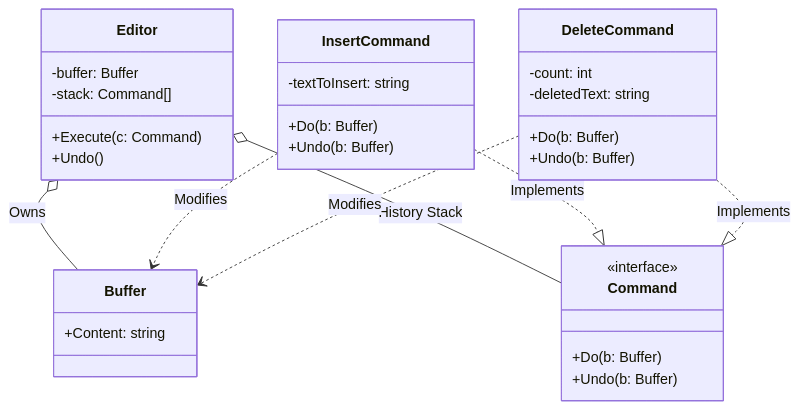
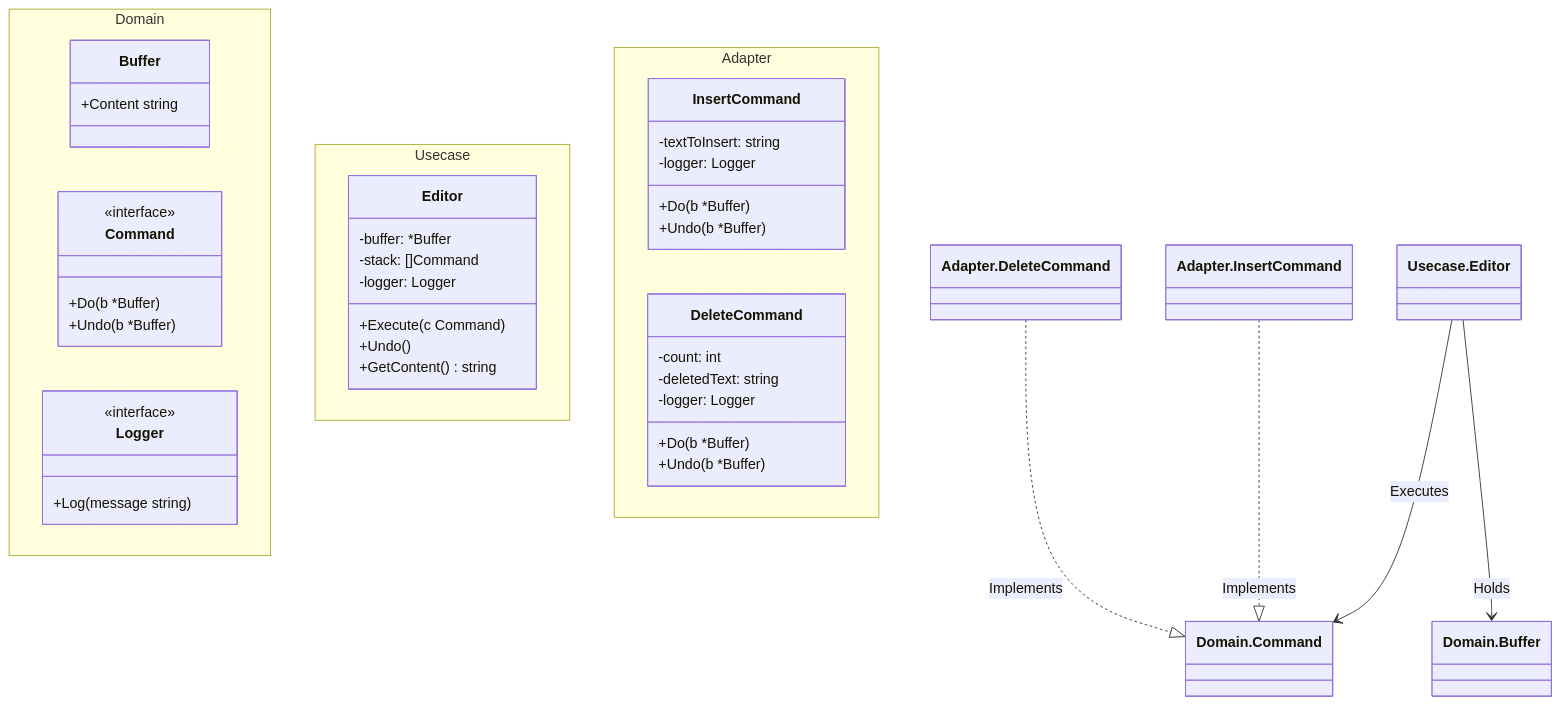
The diagram in command-example/README.md (sokoide/design-patterns), drawn with Mermaid before and after one commit. The commit also changed other lines of this file and 102 other files, not shown here.

````diff
--- a/command-example/README.md
+++ b/command-example/README.md
@@ -31,47 +20,52 @@
 ```mermaid
 classDiagram
     direction TB
 
-    %% Domain Layer
-    class Buffer {
-        +Content: string
+    namespace Domain {
+        class Buffer {
+            +Content string
+        }
+        class Command {
+            <<interface>>
+            +Do(b *Buffer)
+            +Undo(b *Buffer)
+        }
+        class Logger {
+            <<interface>>
+            +Log(message string)
+        }
     }
 
-    class Command {
-        <<interface>>
-        +Do(b: Buffer)
-        +Undo(b: Buffer)
+    namespace Usecase {
+        class Editor {
+            -buffer: *Buffer
+            -stack: []Command
+            -logger: Logger
+            +Execute(c Command)
+            +Undo()
+            +GetContent() string
+        }
     }
 
-    %% Usecase Layer (Invoker)
-    class Editor {
-        -buffer: Buffer
-        -stack: Command[]
-        +Execute(c: Command)
-        +Undo()
-    }
-
-    %% Adapter Layer (Concrete Commands)
-    class InsertCommand {
-        -textToInsert: string
-        +Do(b: Buffer)
-        +Undo(b: Buffer)
-    }
-
-    class DeleteCommand {
-        -count: int
-        -deletedText: string
-        +Do(b: Buffer)
-        +Undo(b: Buffer)
+    namespace Adapter {
+        class InsertCommand {
+            -textToInsert: string
+            -logger: Logger
+            +Do(b *Buffer)
+            +Undo(b *Buffer)
+        }
+        class DeleteCommand {
+            -count: int
+            -deletedText: string
+            -logger: Logger
+            +Do(b *Buffer)
+            +Undo(b *Buffer)
+        }
     }
 
     %% Relationships
-    Editor o-- Buffer : Owns
-    Editor o-- Command : History Stack
-    InsertCommand ..|> Command : Implements
-    DeleteCommand ..|> Command : Implements
-
-    %% Operations
-    InsertCommand ..> Buffer : Modifies
-    DeleteCommand ..> Buffer : Modifies
+    Usecase.Editor --> Domain.Command : Executes
+    Usecase.Editor --> Domain.Buffer : Holds
+    Adapter.InsertCommand ..|> Domain.Command : Implements
+    Adapter.DeleteCommand ..|> Domain.Command : Implements
 ```
````
